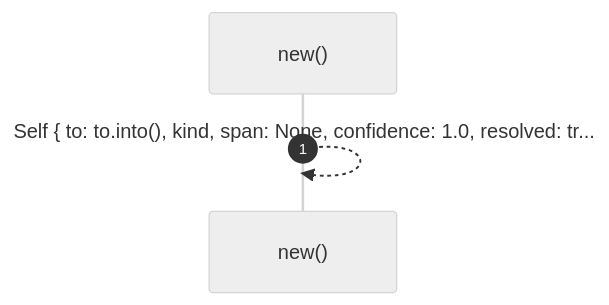
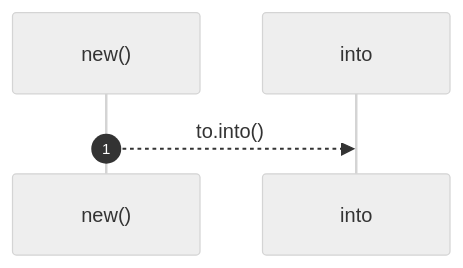
One commit to RyanGuild/self-describing-code changed the diagram in docs/self-model/robby_ir/model/impl-edge.md. Above: the diagram before and after it, drawn with Mermaid (neutral theme). The commit also changed other lines of this file and 1404 other files, not shown here.

````diff
--- a/docs/self-model/robby_ir/model/impl-edge.md
+++ b/docs/self-model/robby_ir/model/impl-edge.md
@@ -46,6 +51,7 @@
 ```mermaid
 sequenceDiagram
     autonumber
     participant new as new()
-    new-->>new: Self { to: to.into(), kind, span: None, confidence: 1.0, resolved: tr...
+    participant into as into
+    new-->>into: to.into()
 ```
````
